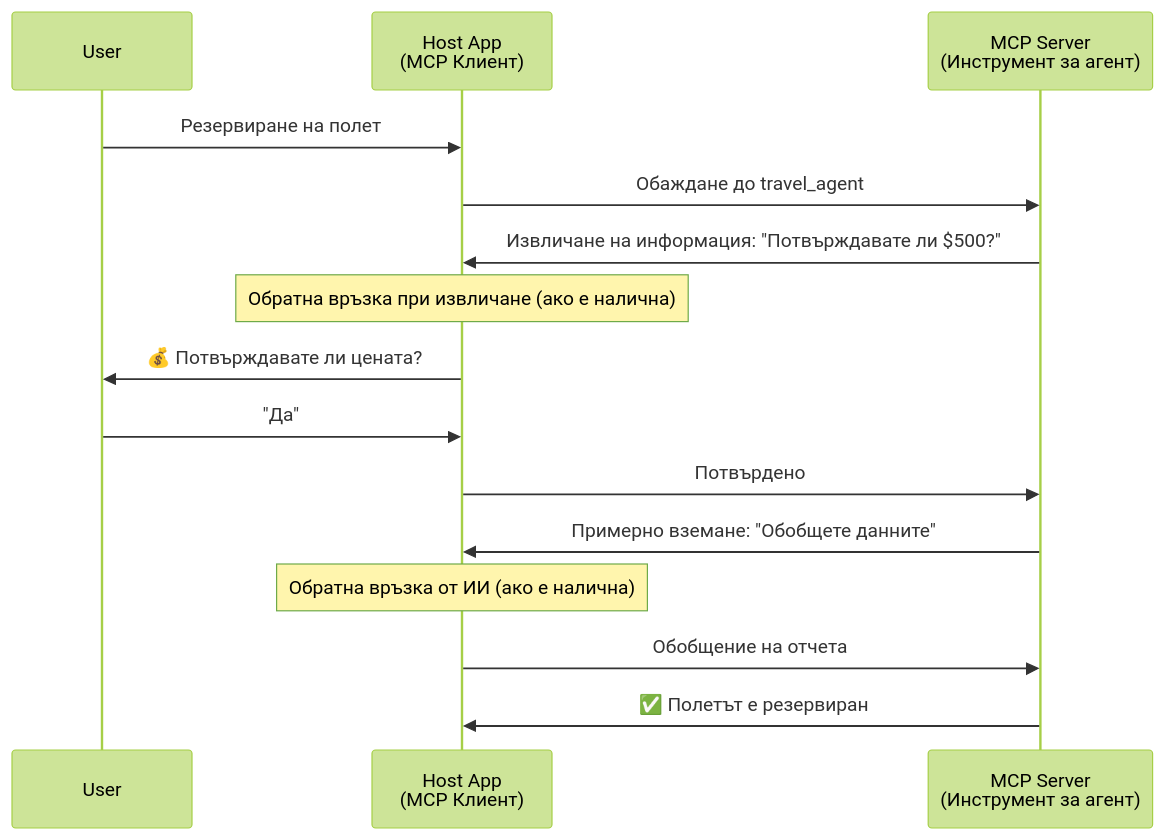
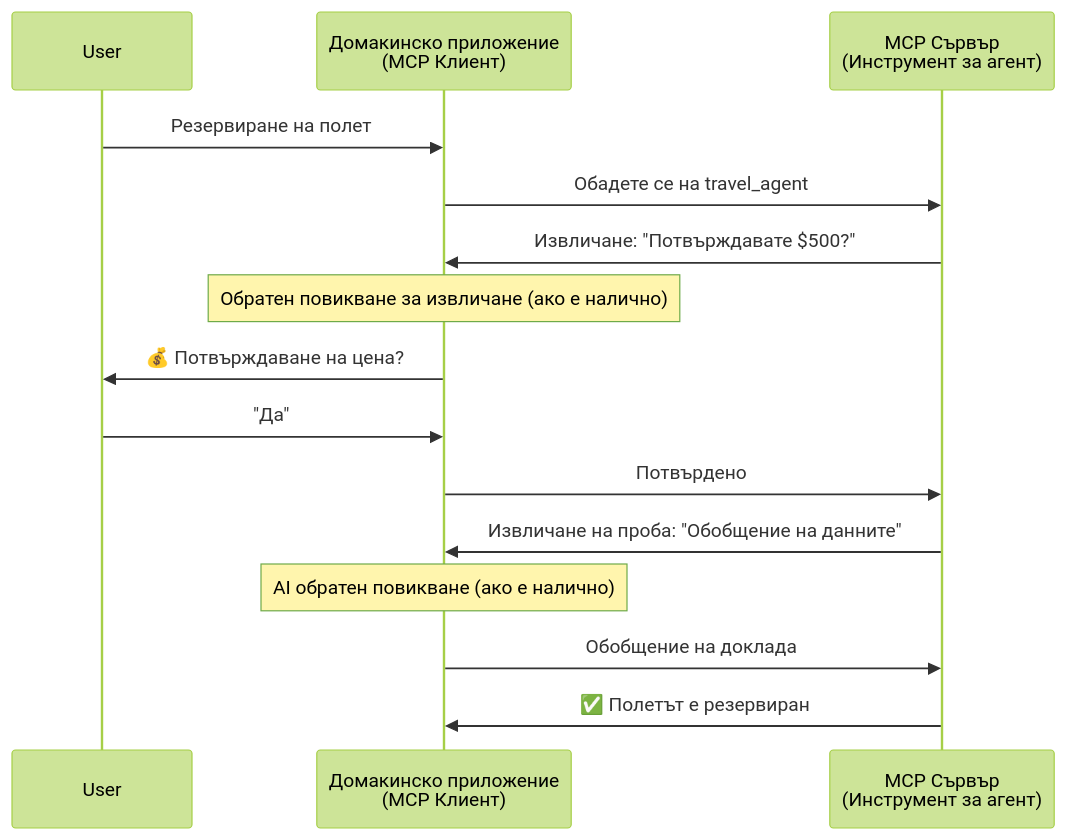
One commit to gabrielmoreira/agent-skills-mirror changed the fourth of 5 diagrams in mirrors/repos/microsoft@ai-agents-for-beginners/translations/bg/11-agentic-protocols/code_samples/mcp-agents/README.md. Above: the diagram before and after it, drawn with Mermaid (forest theme). The commit also changed other lines of this file and 4262 other files, not shown here.

````diff
--- a/mirrors/repos/microsoft@ai-agents-for-beginners/translations/bg/11-agentic-protocols/code_samples/mcp-agents/README.md
+++ b/mirrors/repos/microsoft@ai-agents-for-beginners/translations/bg/11-agentic-protocols/code_samples/mcp-agents/README.md
@@ -163,21 +163,21 @@
 ```mermaid
 sequenceDiagram
     participant User
-    participant Host as Host App<br/>(MCP Клиент)
-    participant Server as MCP Server<br/>(Инструмент за агент)
+    participant Host as Домакинско приложение<br/>(MCP Клиент)
+    participant Server as MCP Сървър<br/>(Инструмент за агент)
 
     User->>Host: Резервиране на полет
-    Host->>Server: Обаждане до travel_agent
+    Host->>Server: Обадете се на travel_agent
 
-    Server->>Host: Извличане на информация: "Потвърждавате ли $500?"
-    Note over Host: Обратна връзка при извличане (ако е налична)
-    Host->>User: 💰 Потвърждавате ли цената?
+    Server->>Host: Извличане: "Потвърждавате $500?"
+    Note over Host: Обратен повикване за извличане (ако е налично)
+    Host->>User: 💰 Потвърждаване на цена?
     User->>Host: "Да"
     Host->>Server: Потвърдено
 
-    Server->>Host: Примерно вземане: "Обобщете данните"
-    Note over Host: Обратна връзка от ИИ (ако е налична)
-    Host->>Server: Обобщение на отчета
+    Server->>Host: Извличане на проба: "Обобщение на данните"
+    Note over Host: AI обратен повикване (ако е налично)
+    Host->>Server: Обобщение на доклада
 
     Server->>Host: ✅ Полетът е резервиран
 ```
````
